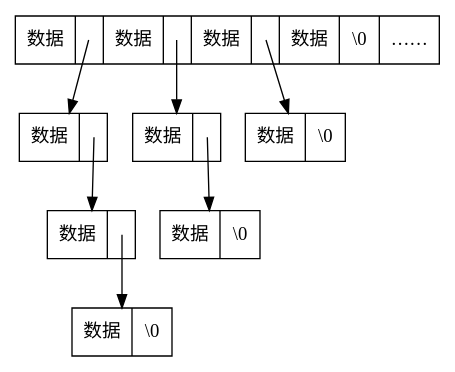
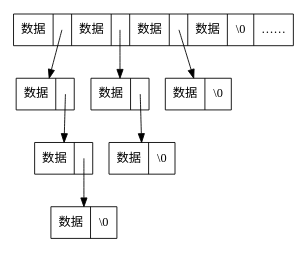
One commit to xavierwoo/data_structrues_notes changed the fifth of 6 diagrams in src/第〇章-绪论.md. Above: the diagram before and after it, drawn with Graphviz. The commit also changed other lines of this file and 3 other files, not shown here.

````diff
--- a/src/第〇章-绪论.md
+++ b/src/第〇章-绪论.md
@@ -137,18 +138,19 @@
 ```dot
 digraph G{
+    size=3
     node[shape=record]
     sData[label="数据|<p1>|数据 |<p2>|数据 |<p3>|数据|\\0|……"]
     A [label = "<data> 数据|<p> "];
     B [label = "<data> 数据|<p> "];
     C [label = "<data> 数据|<p> \\0"];
     D [label = "<data> 数据|<p> "];
     E [label = "<data> 数据|<p> \\0"];
     F [label = "<data> 数据|<p> \\0"];
     sData:p1:c->A [tailclip=false]
     A:p:c->B [tailclip=false]
     B:p:c->C [tailclip=false]
     sData:p2:c->D [tailclip=false]
     D:p:c->E [tailclip=false]
     sData:p3:c->F [tailclip=false]
 }
 ```
````
